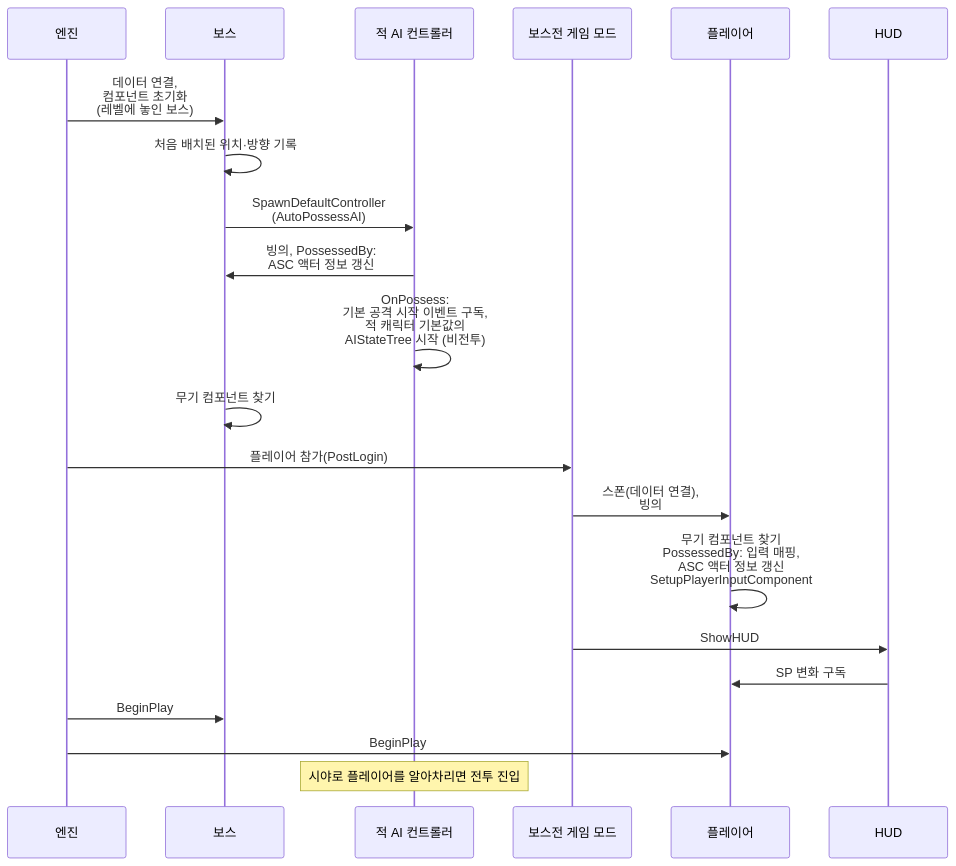
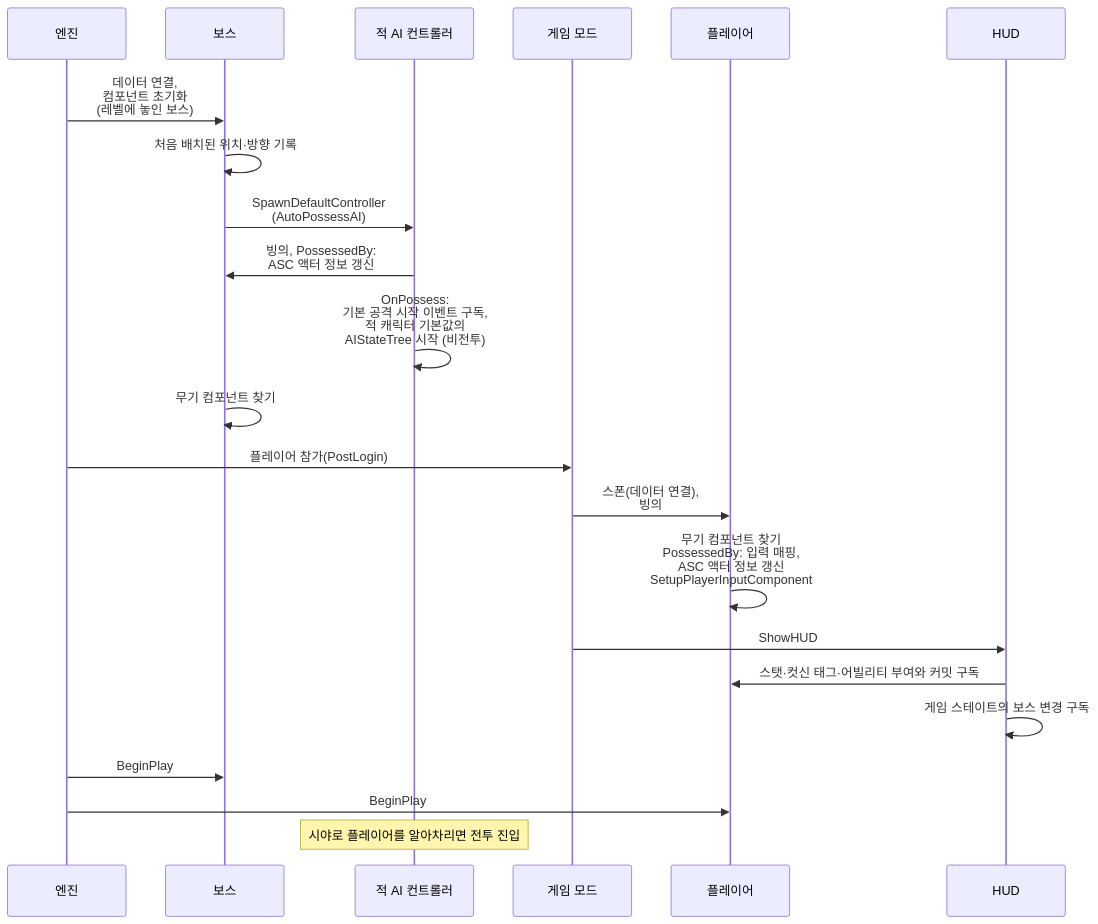
The second of 5 diagrams in Docs/Architecture/캐릭터 기반 구조와 GAS.md (Woogl/Ag), drawn with Mermaid before and after one commit. The commit also changed other lines of this file and 17 other files, not shown here.

````diff
--- a/Docs/Architecture/캐릭터 기반 구조와 GAS.md
+++ b/Docs/Architecture/캐릭터 기반 구조와 GAS.md
@@ -108,23 +116,24 @@
 ```mermaid
 sequenceDiagram
     participant E as 엔진
     participant B as 보스
     participant AI as 적 AI 컨트롤러
-    participant GM as 보스전 게임 모드
+    participant GM as 게임 모드
     participant P as 플레이어
     participant H as HUD
     E->>B: 데이터 연결,<br>컴포넌트 초기화<br>(레벨에 놓인 보스)
     B->>B: 처음 배치된 위치·방향 기록
     B->>AI: SpawnDefaultController<br>(AutoPossessAI)
     AI->>B: 빙의, PossessedBy:<br>ASC 액터 정보 갱신
     AI->>AI: OnPossess:<br>기본 공격 시작 이벤트 구독,<br>적 캐릭터 기본값의<br>AIStateTree 시작 (비전투)
     B->>B: 무기 컴포넌트 찾기
     E->>GM: 플레이어 참가(PostLogin)
     GM->>P: 스폰(데이터 연결),<br>빙의
     P->>P: 무기 컴포넌트 찾기<br>PossessedBy: 입력 매핑,<br>ASC 액터 정보 갱신<br>SetupPlayerInputComponent
     GM->>H: ShowHUD
-    H->>P: SP 변화 구독
+    H->>P: 스탯·컷신 태그·어빌리티 부여와 커밋 구독
+    H->>H: 게임 스테이트의 보스 변경 구독
     E->>B: BeginPlay
     E->>P: BeginPlay
     Note over AI: 시야로 플레이어를 알아차리면 전투 진입
 ```
````
